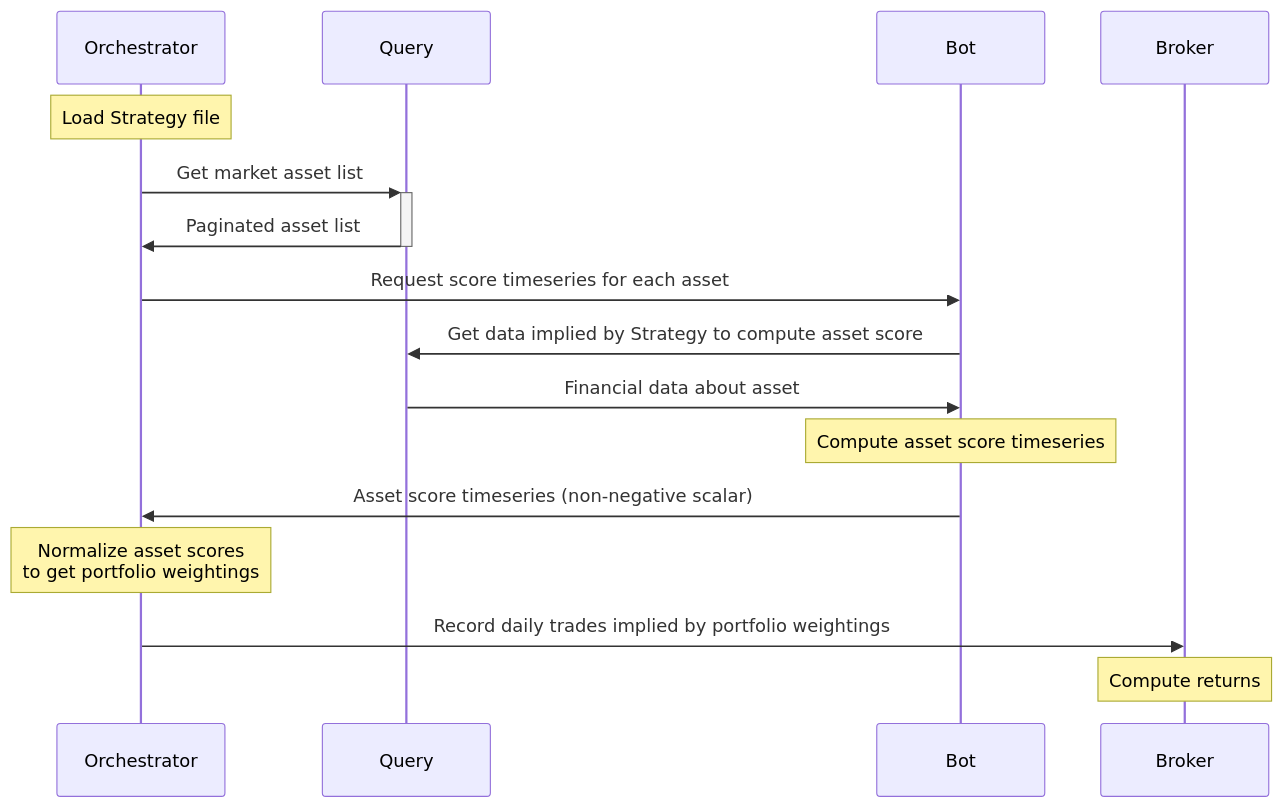
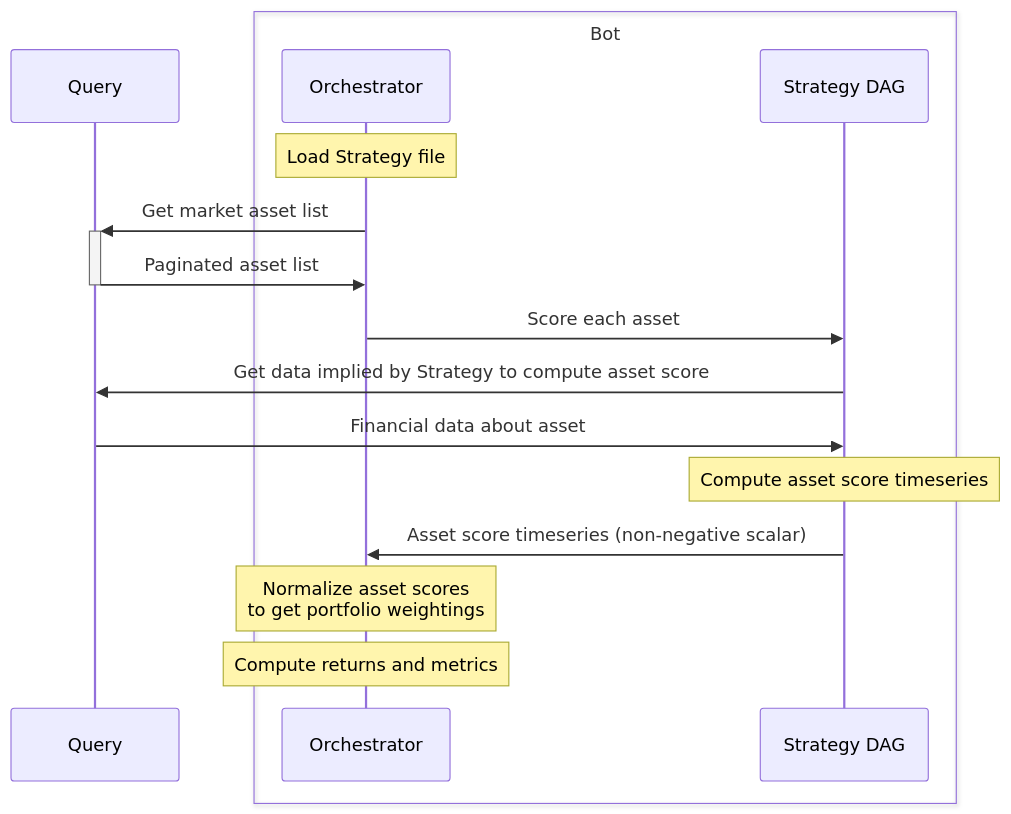
Before and after one commit to luckless-finance/.github: the diagram in profile/README.md, drawn with Mermaid. The commit also changed other lines of this file, not shown here.

Commit message:
docs: profile shows Orchestrator inside Bot, drop Broker (BL-16/17)

````diff
--- a/profile/README.md
+++ b/profile/README.md
@@ -30,18 +29,18 @@
 ```mermaid
 sequenceDiagram
-    participant O as Orchestrator
     participant Q as Query
-    participant Bot as Bot
-    participant B as Broker
+    box Bot
+        participant O as Orchestrator
+        participant S as Strategy DAG
+    end
     Note over O: Load Strategy file
     O->>+Q: Get market asset list
     Q->>-O: Paginated asset list
-    O->>Bot: Request score timeseries for each asset
-    Bot->>Q: Get data implied by Strategy to compute asset score
-    Q->>Bot: Financial data about asset
-    Note over Bot: Compute asset score timeseries
-    Bot->>O: Asset score timeseries (non-negative scalar)
+    O->>S: Score each asset
+    S->>Q: Get data implied by Strategy to compute asset score
+    Q->>S: Financial data about asset
+    Note over S: Compute asset score timeseries
+    S->>O: Asset score timeseries (non-negative scalar)
     Note over O: Normalize asset scores<br/>to get portfolio weightings
-    O->>B: Record daily trades implied by portfolio weightings
-    Note over B: Compute returns
+    Note over O: Compute returns and metrics
 ```
````
